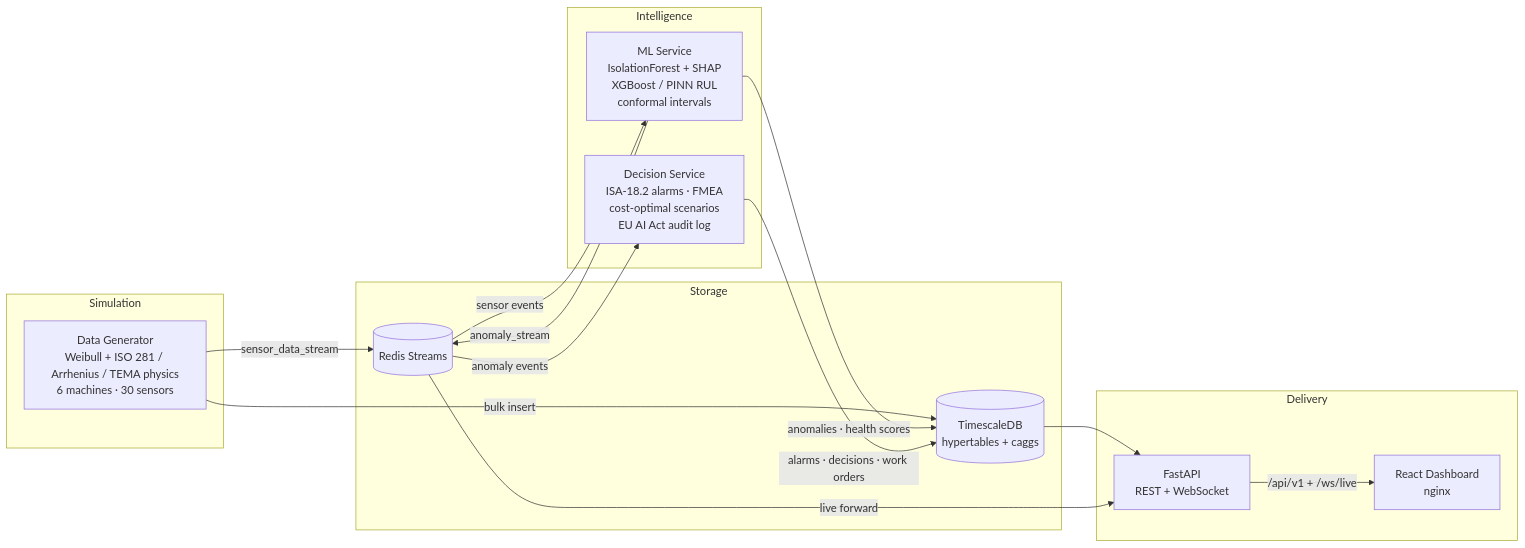
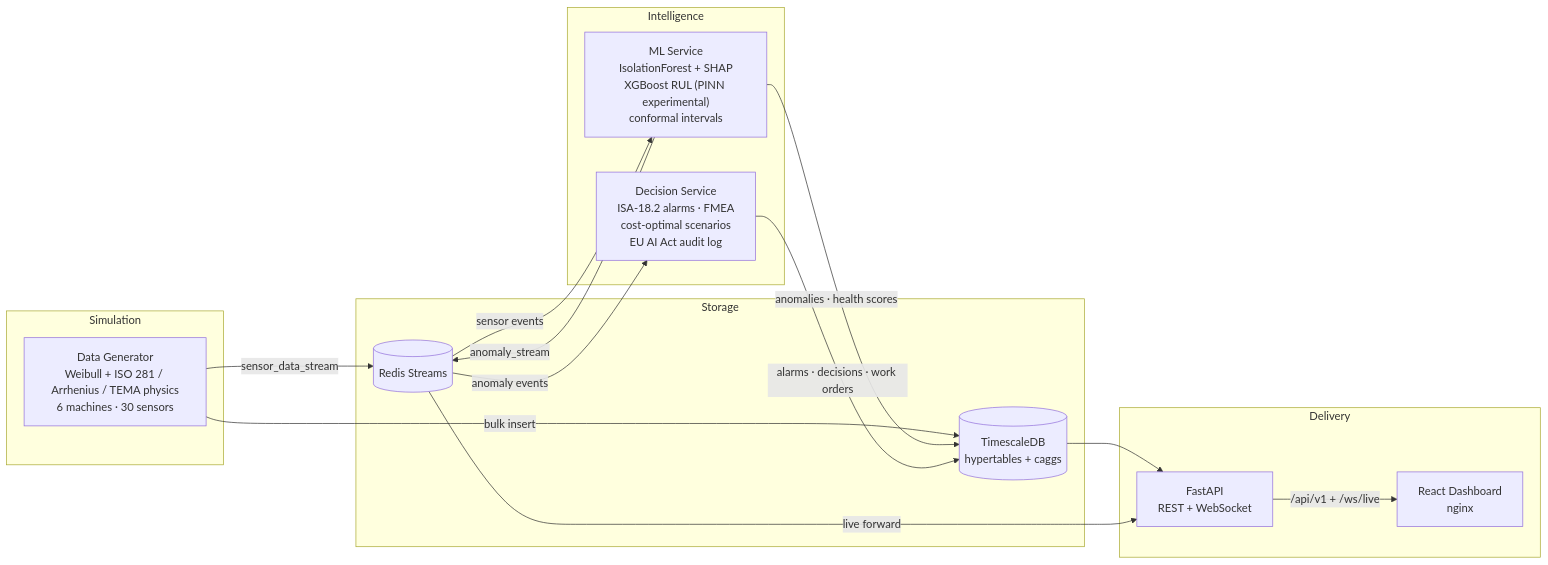
One commit to murat-suer/pdm-predictive-maintenance changed the diagram in README.md. Above: the diagram before and after it, drawn with Mermaid. The commit also changed other lines of this file and 3 other files, not shown here.

````diff
--- a/README.md
+++ b/README.md
@@ -43,29 +45,29 @@
 ```mermaid
 flowchart LR
     subgraph Simulation
         GEN["Data Generator<br/>Weibull + ISO 281 / Arrhenius / TEMA physics<br/>6 machines · 30 sensors"]
     end
     subgraph Storage
         TS[("TimescaleDB<br/>hypertables + caggs")]
         RD[("Redis Streams")]
     end
     subgraph Intelligence
-        ML["ML Service<br/>IsolationForest + SHAP<br/>XGBoost / PINN RUL<br/>conformal intervals"]
+        ML["ML Service<br/>IsolationForest + SHAP<br/>XGBoost RUL (PINN experimental)<br/>conformal intervals"]
         DEC["Decision Service<br/>ISA-18.2 alarms · FMEA<br/>cost-optimal scenarios<br/>EU AI Act audit log"]
     end
     subgraph Delivery
         API["FastAPI<br/>REST + WebSocket"]
         UI["React Dashboard<br/>nginx"]
     end
 
     GEN -->|sensor_data_stream| RD
     GEN -->|bulk insert| TS
     RD -->|sensor events| ML
     ML -->|anomaly_stream| RD
     ML -->|anomalies · health scores| TS
     RD -->|anomaly events| DEC
     DEC -->|alarms · decisions · work orders| TS
     TS --> API
     RD -->|live forward| API
     API -->|/api/v1 + /ws/live| UI
 ```
````
